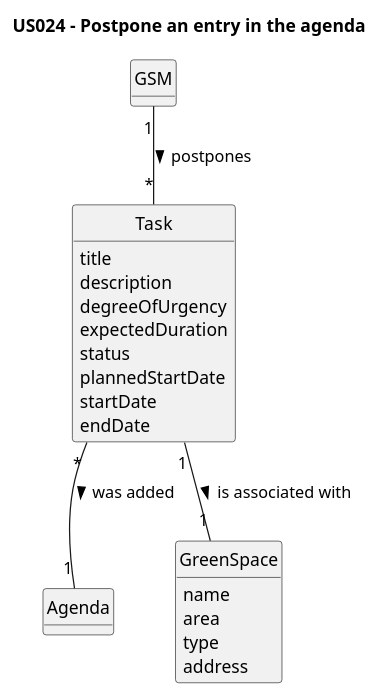
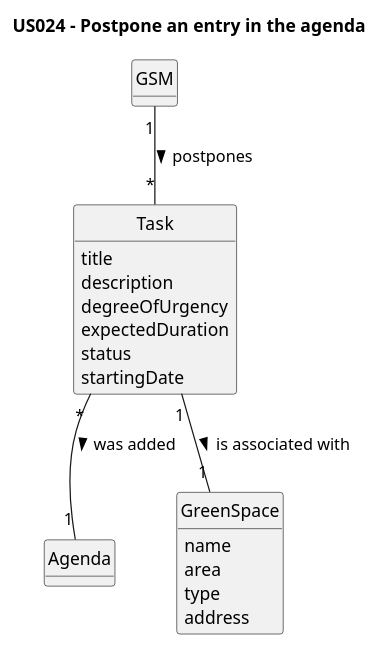
The diagram in docs/sprintC/us024/02.analysis/puml/us024-domain-model.puml (Departamento-de-Engenharia-Informatica/lei-24-s2-1dm-g132), drawn with PlantUML before and after one commit. The commit also changed 1 other file, not shown here.

```diff
--- a/docs/sprintC/us024/02.analysis/puml/us024-domain-model.puml
+++ b/docs/sprintC/us024/02.analysis/puml/us024-domain-model.puml
@@ -1,43 +1,41 @@
 @startuml
 skinparam monochrome true
 skinparam packageStyle rectangle
 skinparam shadowing false
 
 'left to right direction
 
 skinparam classAttributeIconSize 0
 
 hide circle
 hide methods
 
 title US024 - Postpone an entry in the agenda
 
 class Agenda {
 }
 
 class Task {
     title
     description
     degreeOfUrgency
     expectedDuration
     status
-    plannedStartDate
-    startDate
-    endDate
+    startingDate
 }
 
 class GSM {
 }
 
 class GreenSpace {
     name
     area
     type
     address
 }
 
 
 Task "*" -- "1" Agenda : was added >
 Task "1" -- "1" GreenSpace : is associated with >
 GSM "1" -- "*" Task : postpones >
 @enduml
```
